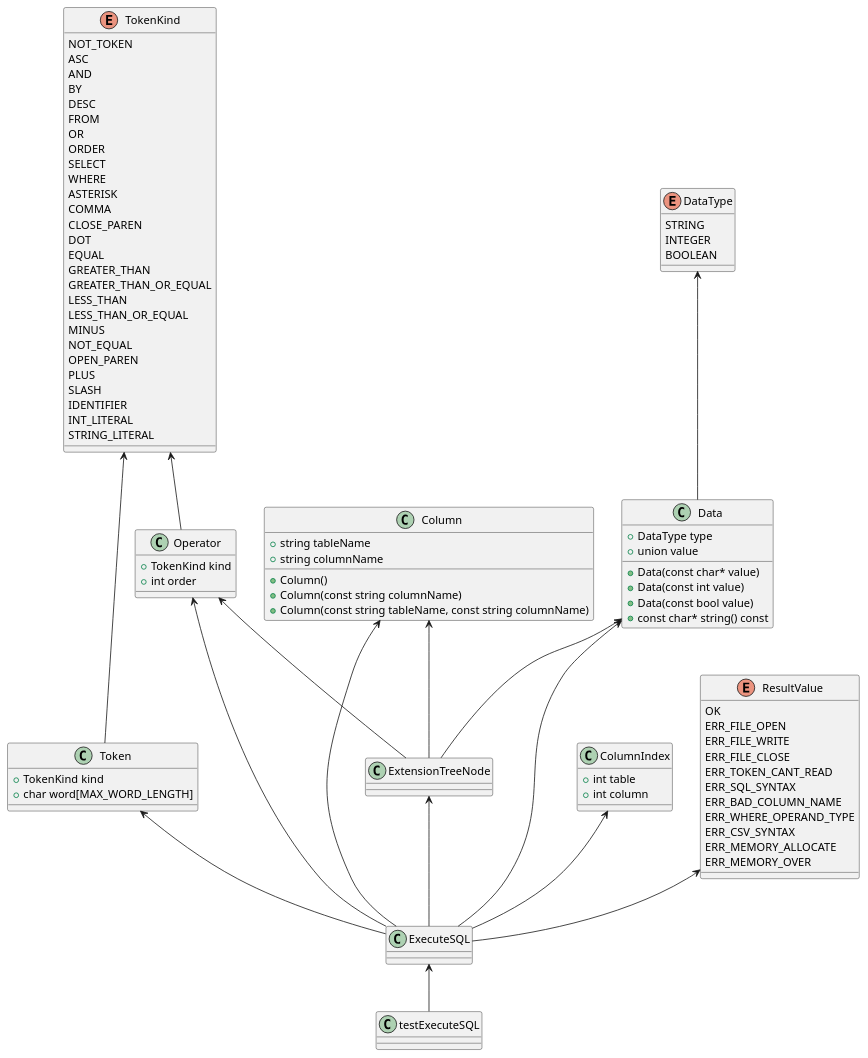
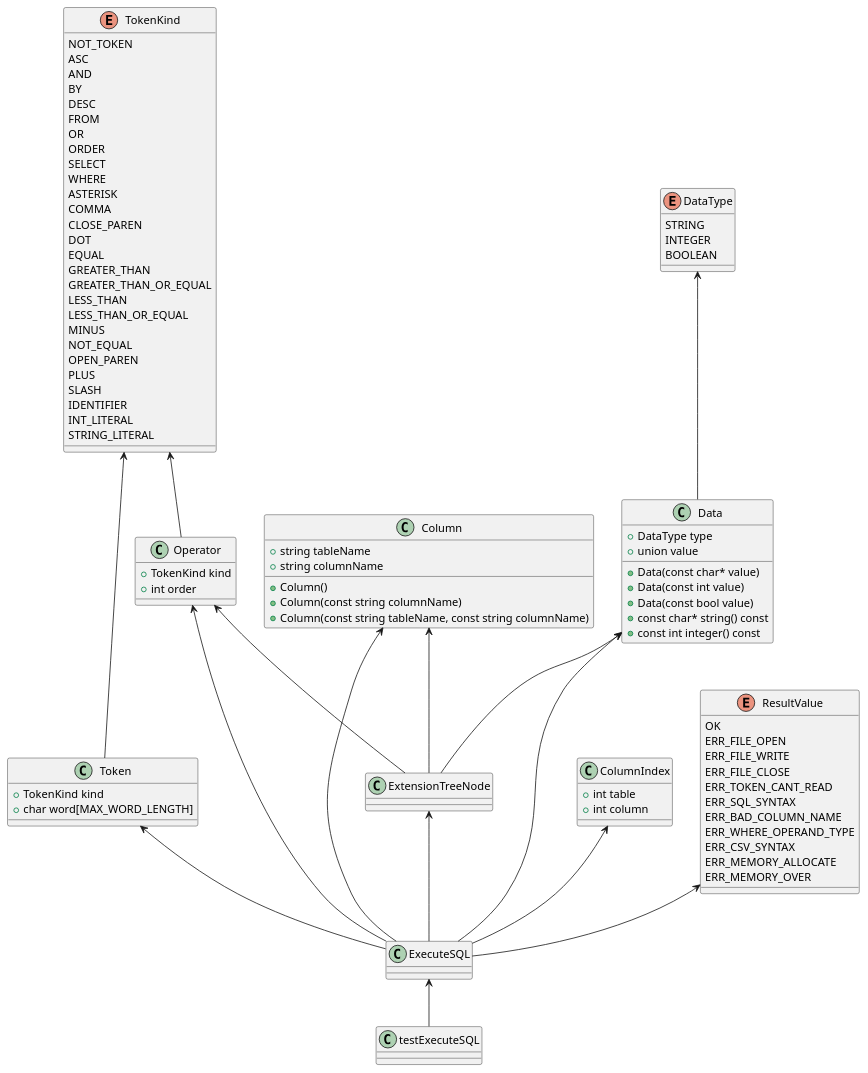
The diagram in ExecuteSQL.pu (yotten/TinySQL), drawn with PlantUML before and after one commit. The commit also changed 3 other files, not shown here.

```diff
--- a/ExecuteSQL.pu
+++ b/ExecuteSQL.pu
@@ -1,95 +1,96 @@
 @startuml
 
 class testExecuteSQL {}
 class ExecuteSQL {}
 class Data {
     +DataType type
 	+union value
 	+Data(const char* value)
 	+Data(const int value)
 	+Data(const bool value)
 	+const char* string() const
+	+const int integer() const
 }
 class Operator{
     +TokenKind kind
     +int order
 }
 class Token{
     +TokenKind kind
     +char word[MAX_WORD_LENGTH]
 }
 class ExtensionTreeNode{}
 class ColumnIndex{
     +int table
     +int column
 }
 class Column{
     +string tableName
     +string columnName
     +Column()
     +Column(const string columnName)
     +Column(const string tableName, const string columnName)
 }
 enum DataType{
    	STRING
 	INTEGER
 	BOOLEAN
 }
 enum TokenKind{
     NOT_TOKEN
 	ASC
 	AND
 	BY
 	DESC
 	FROM
 	OR
 	ORDER
 	SELECT
 	WHERE
 	ASTERISK
 	COMMA
 	CLOSE_PAREN
 	DOT
 	EQUAL
 	GREATER_THAN
 	GREATER_THAN_OR_EQUAL
 	LESS_THAN
 	LESS_THAN_OR_EQUAL
 	MINUS
 	NOT_EQUAL
 	OPEN_PAREN
 	PLUS
 	SLASH
 	IDENTIFIER
 	INT_LITERAL
 	STRING_LITERAL
 }
 enum ResultValue{
     OK
 	ERR_FILE_OPEN
 	ERR_FILE_WRITE
 	ERR_FILE_CLOSE
 	ERR_TOKEN_CANT_READ
 	ERR_SQL_SYNTAX
 	ERR_BAD_COLUMN_NAME
 	ERR_WHERE_OPERAND_TYPE
 	ERR_CSV_SYNTAX
 	ERR_MEMORY_ALLOCATE
 	ERR_MEMORY_OVER
 }
 
 ExecuteSQL <-- testExecuteSQL
 Data <-- ExecuteSQL
 Operator <-- ExecuteSQL
 Token <-- ExecuteSQL
 ExtensionTreeNode <-- ExecuteSQL
 ColumnIndex <-- ExecuteSQL
 Column <-- ExecuteSQL
 ResultValue <-- ExecuteSQL
 DataType <-- Data
 TokenKind <-- Token
 TokenKind <-- Operator
 Operator <-- ExtensionTreeNode
 Column <-- ExtensionTreeNode
 Data <-- ExtensionTreeNode
 @enduml
```
